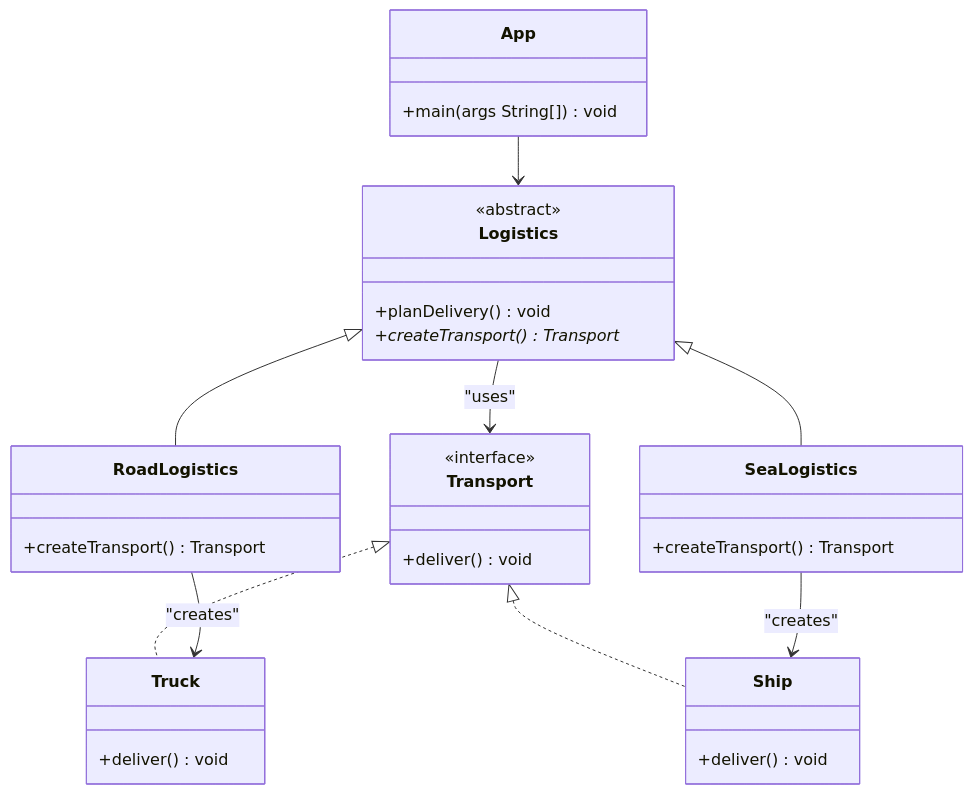
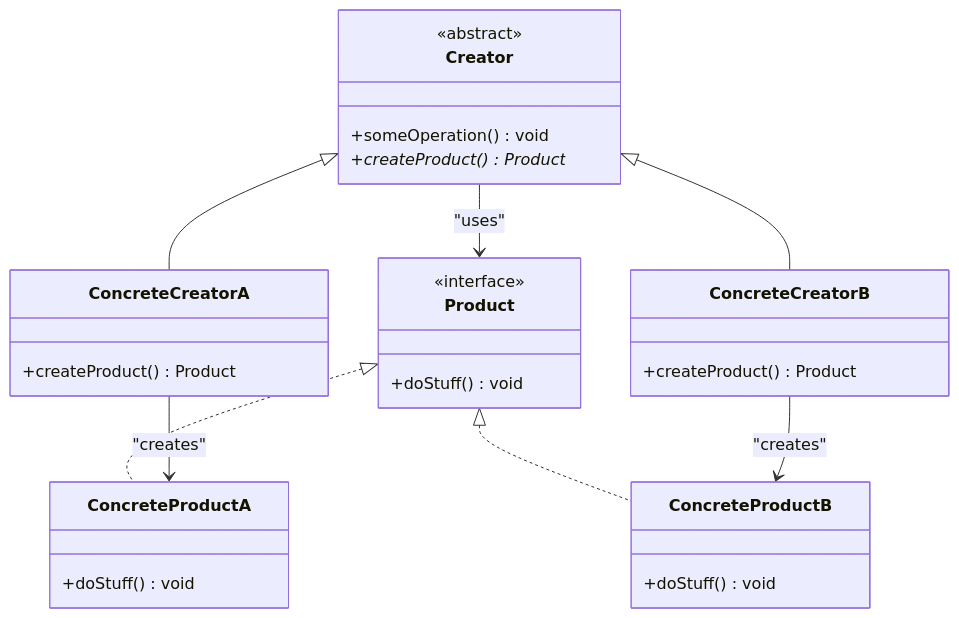
The diagram in Creazionali/Factory Method/README.md (TureCatedu/DesignPattern), drawn with Mermaid before and after one commit. The commit also changed other lines of this file and 7 other files, not shown here.

````diff
--- a/Creazionali/Factory Method/README.md
+++ b/Creazionali/Factory Method/README.md
@@ -16,45 +10,37 @@
 ```mermaid
 classDiagram
-    class Logistics {
+    class Creator {
         <<abstract>>
-        +planDelivery() void
-        +createTransport()* Transport
+        +someOperation() void
+        +createProduct()* Product
     }
 
-    class RoadLogistics {
-        +createTransport() Transport
+    class ConcreteCreatorA {
+        +createProduct() Product
     }
 
-    class SeaLogistics {
-        +createTransport() Transport
+    class ConcreteCreatorB {
+        +createProduct() Product
     }
 
-    class Transport {
+    class Product {
         <<interface>>
-        +deliver() void
+        +doStuff() void
     }
 
-    class Truck {
-        +deliver() void
+    class ConcreteProductA {
+        +doStuff() void
     }
 
-    class Ship {
-        +deliver() void
+    class ConcreteProductB {
+        +doStuff() void
     }
 
-    class App {
-        +main(args String[]) void
-    }
-
-    Logistics <|-- RoadLogistics
-    Logistics <|-- SeaLogistics
-    
-    Transport <|.. Truck
-    Transport <|.. Ship
-    
-    RoadLogistics --> Truck : "creates"
-    SeaLogistics --> Ship : "creates"
-    
-    Logistics --> Transport : "uses"
-    App --> Logistics
+    Creator <|-- ConcreteCreatorA
+    Creator <|-- ConcreteCreatorB
+    Product <|.. ConcreteProductA
+    Product <|.. ConcreteProductB
+    ConcreteCreatorA --> ConcreteProductA : "creates"
+    ConcreteCreatorB --> ConcreteProductB : "creates"
+    Creator --> Product : "uses"
 ```
````
